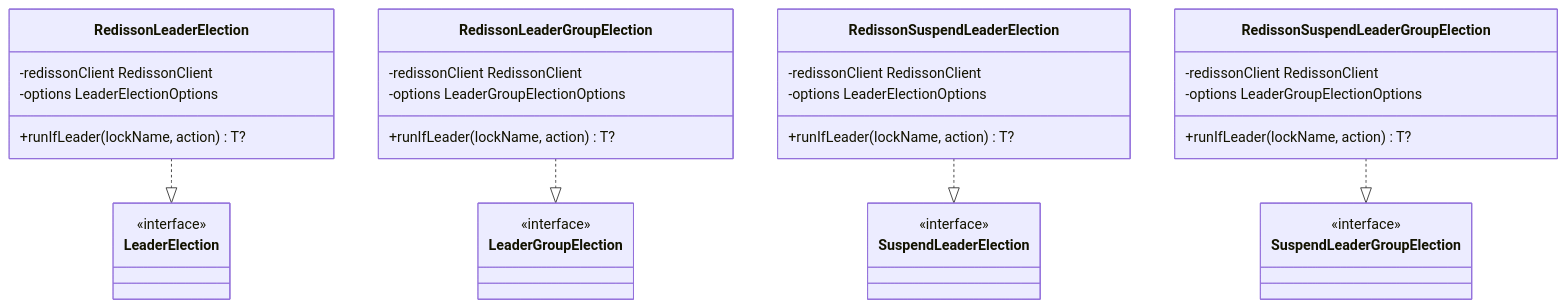
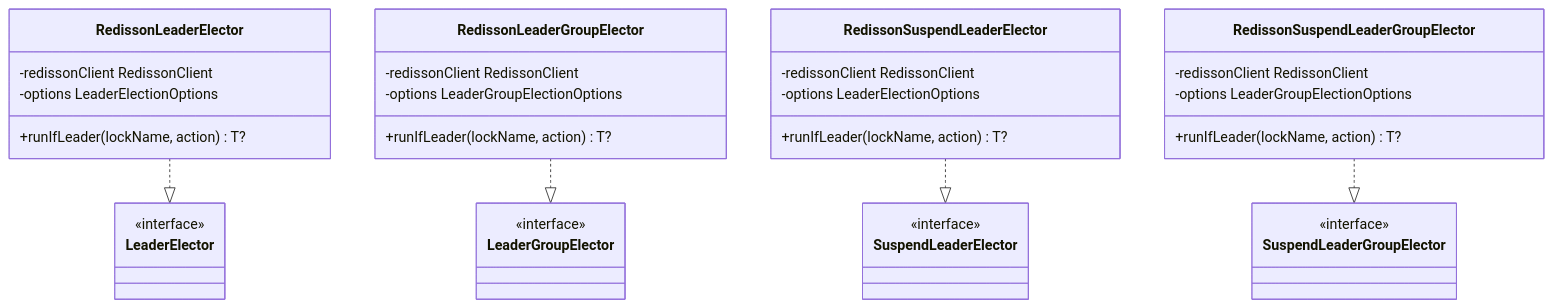
Before and after one commit to bluetape4k/bluetape4k-leader: the diagram in leader-redis-redisson/README.ko.md, drawn with Mermaid. The commit also changed other lines of this file and 79 other files, not shown here.

First line of the commit message:
docs: #100 LeaderElection → LeaderElector 문서 일괄 업데이트 (#123)

````diff
--- a/leader-redis-redisson/README.ko.md
+++ b/leader-redis-redisson/README.ko.md
@@ -17,41 +17,41 @@
 ```mermaid
 classDiagram
-    class LeaderElection {
+    class LeaderElector {
         <<interface>>
     }
-    class LeaderGroupElection {
+    class LeaderGroupElector {
         <<interface>>
     }
-    class SuspendLeaderElection {
+    class SuspendLeaderElector {
         <<interface>>
     }
-    class SuspendLeaderGroupElection {
+    class SuspendLeaderGroupElector {
         <<interface>>
     }
 
-    class RedissonLeaderElection {
+    class RedissonLeaderElector {
         -redissonClient RedissonClient
         -options LeaderElectionOptions
         +runIfLeader(lockName, action) T?
     }
-    class RedissonLeaderGroupElection {
+    class RedissonLeaderGroupElector {
         -redissonClient RedissonClient
         -options LeaderGroupElectionOptions
         +runIfLeader(lockName, action) T?
     }
-    class RedissonSuspendLeaderElection {
+    class RedissonSuspendLeaderElector {
         -redissonClient RedissonClient
         -options LeaderElectionOptions
         +runIfLeader(lockName, action) T?
     }
-    class RedissonSuspendLeaderGroupElection {
+    class RedissonSuspendLeaderGroupElector {
         -redissonClient RedissonClient
         -options LeaderGroupElectionOptions
         +runIfLeader(lockName, action) T?
     }
 
-    RedissonLeaderElection ..|> LeaderElection
-    RedissonLeaderGroupElection ..|> LeaderGroupElection
-    RedissonSuspendLeaderElection ..|> SuspendLeaderElection
-    RedissonSuspendLeaderGroupElection ..|> SuspendLeaderGroupElection
+    RedissonLeaderElector ..|> LeaderElector
+    RedissonLeaderGroupElector ..|> LeaderGroupElector
+    RedissonSuspendLeaderElector ..|> SuspendLeaderElector
+    RedissonSuspendLeaderGroupElector ..|> SuspendLeaderGroupElector
 ```
````
